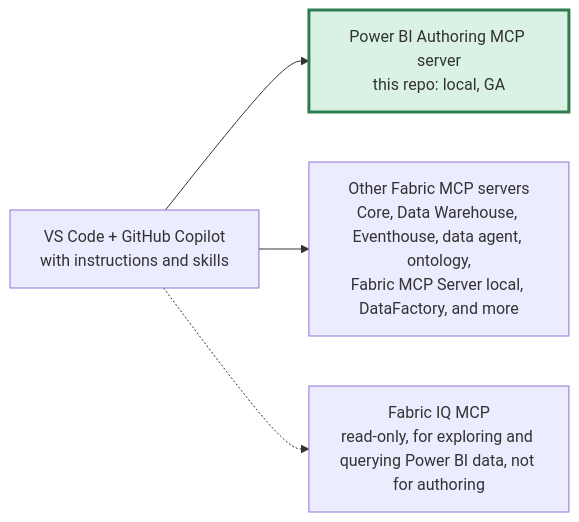
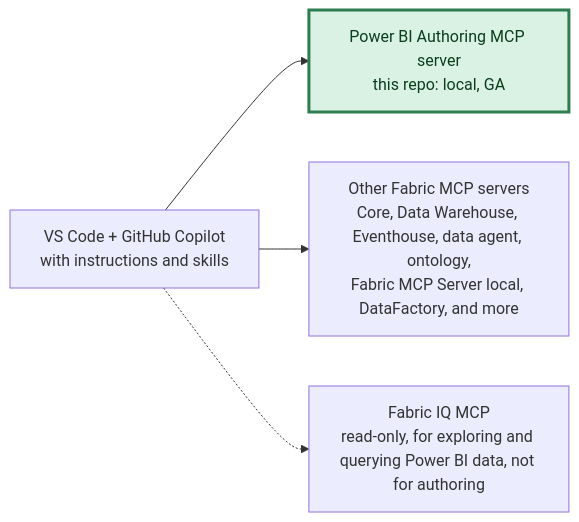
Before and after one commit to roholub/fabric-semantic-model-mcp-lab: the first of 2 diagrams in README.md, drawn with Mermaid. The commit also changed other lines of this file and 1 other file, not shown here.

Commit message:
Make the highlighted boxes in the diagrams readable in dark mode

````diff
--- a/README.md
+++ b/README.md
@@ -45,7 +45,7 @@
 ```mermaid
 flowchart LR
     CLIENT["VS Code + GitHub Copilot<br/>with instructions and skills"] --> AUTH["Power BI Authoring MCP server<br/>this repo: local, GA"]
     CLIENT --> OTHERS["Other Fabric MCP servers<br/>Core, Data Warehouse, Eventhouse, data agent, ontology,<br/>Fabric MCP Server local, DataFactory, and more"]
     CLIENT -.-> FIQ["Fabric IQ MCP<br/>read-only, for exploring and querying Power BI data, not for authoring"]
-    style AUTH fill:#d9f2e3,stroke:#2e7d4f,stroke-width:3px
+    style AUTH fill:#d9f2e3,stroke:#2e7d4f,stroke-width:3px,color:#0b3d1f
 ```
````
